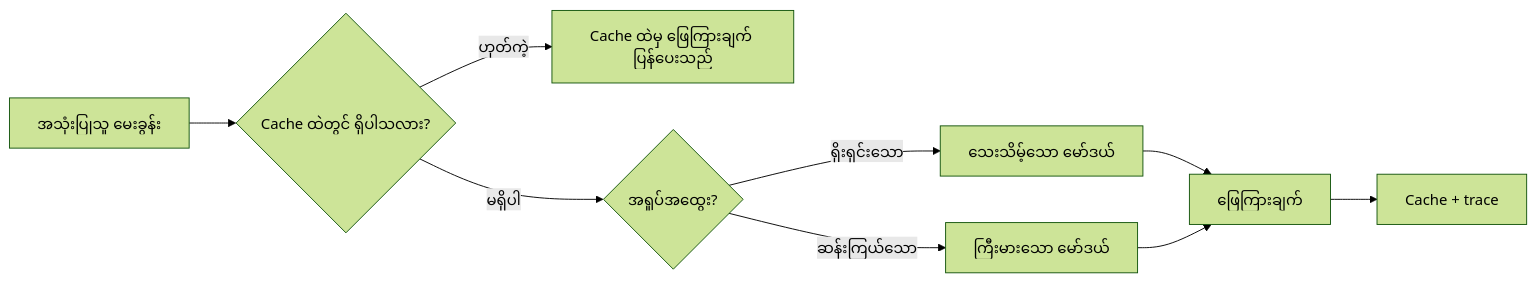
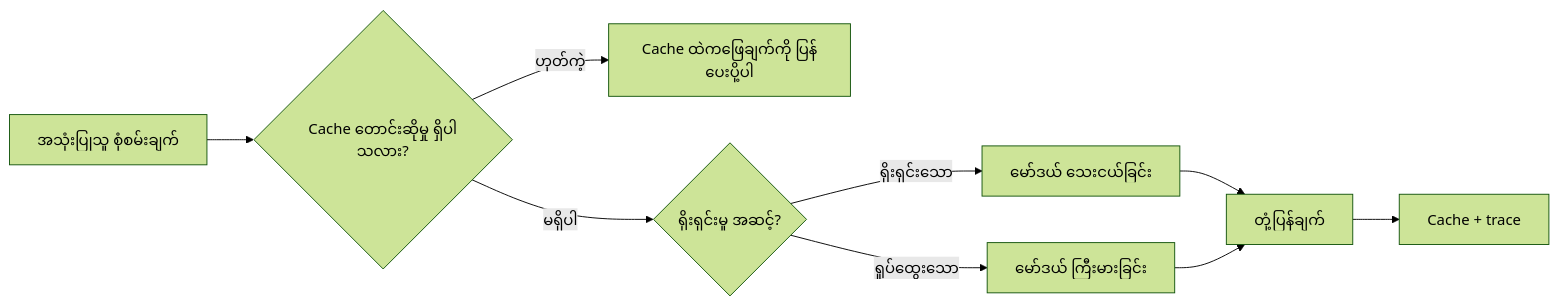
The third of 4 diagrams in translations/my/16-deploying-scalable-agents/README.md (microsoft/ai-agents-for-beginners), drawn with Mermaid (forest theme) before and after one commit. The commit also changed other lines of this file and 45 other files, not shown here.

````diff
--- a/translations/my/16-deploying-scalable-agents/README.md
+++ b/translations/my/16-deploying-scalable-agents/README.md
@@ -134,11 +134,11 @@
 ```mermaid
 flowchart LR
-    Q[အသုံးပြုသူ မေးခွန်း] --> C{Cache ထဲတွင် ရှိပါသလား?}
-    C -->|ဟုတ်ကဲ့| R[Cache ထဲမှ ဖြေကြားချက် ပြန်ပေးသည်]
-    C -->|မရှိပါ| Router{အရှုပ်အထွေး?}
-    Router -->|ရိုးရှင်းသော| SLM[သေးသိမ့်သော မော်ဒယ်]
-    Router -->|ဆန်းကြယ်သော| LLM[ကြီးမားသော မော်ဒယ်]
-    SLM --> Out[ဖြေကြားချက်]
+    Q[အသုံးပြုသူ စုံစမ်းချက်] --> C{Cache တောင်းဆိုမှု ရှိပါသလား?}
+    C -->|ဟုတ်ကဲ့| R[Cache ထဲကဖြေချက်ကို ပြန်ပေးပို့ပါ]
+    C -->|မရှိပါ| Router{ရိုးရှင်းမှု အဆင့်?}
+    Router -->|ရိုးရှင်းသော| SLM[မော်ဒယ် သေးငယ်ခြင်း]
+    Router -->|ရှုပ်ထွေးသော| LLM[မော်ဒယ် ကြီးမားခြင်း]
+    SLM --> Out[တုံ့ပြန်ချက်]
     LLM --> Out
     Out --> Store[Cache + trace]
 ```
````
